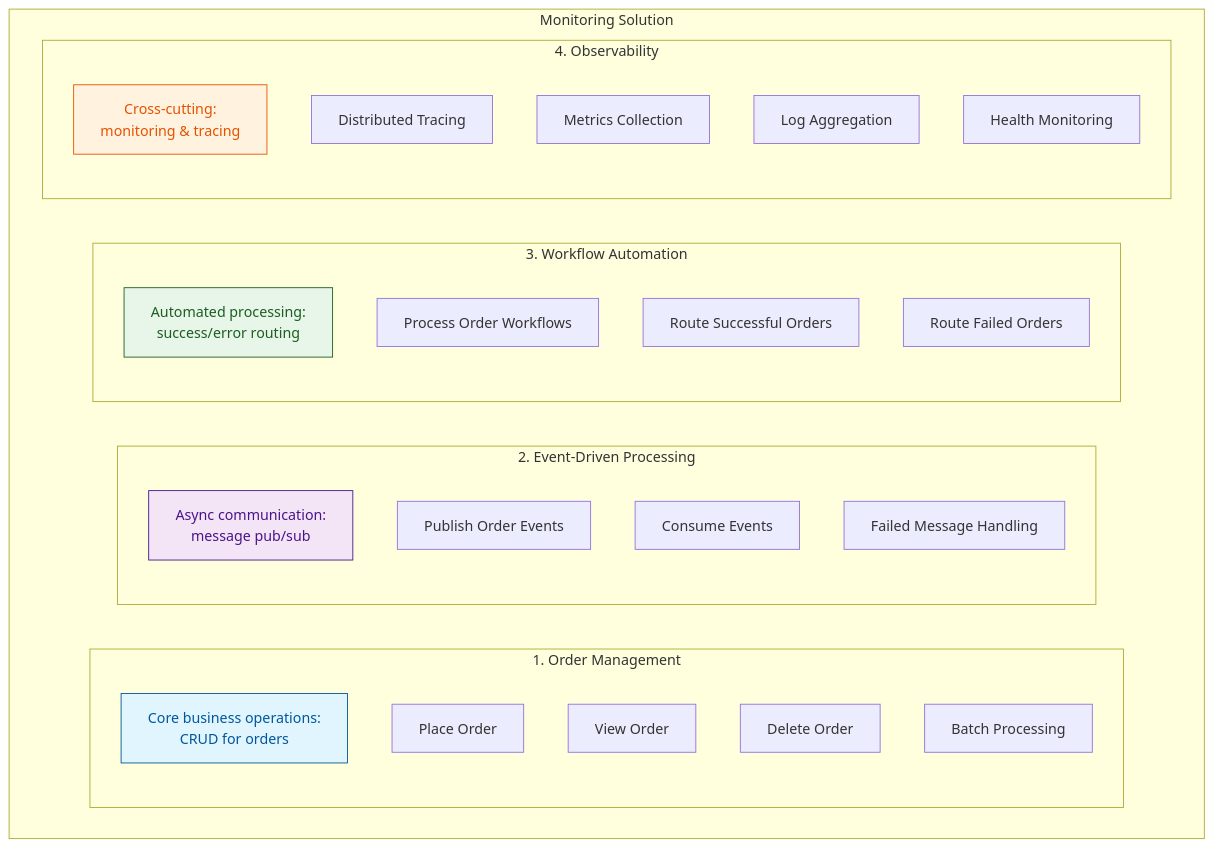
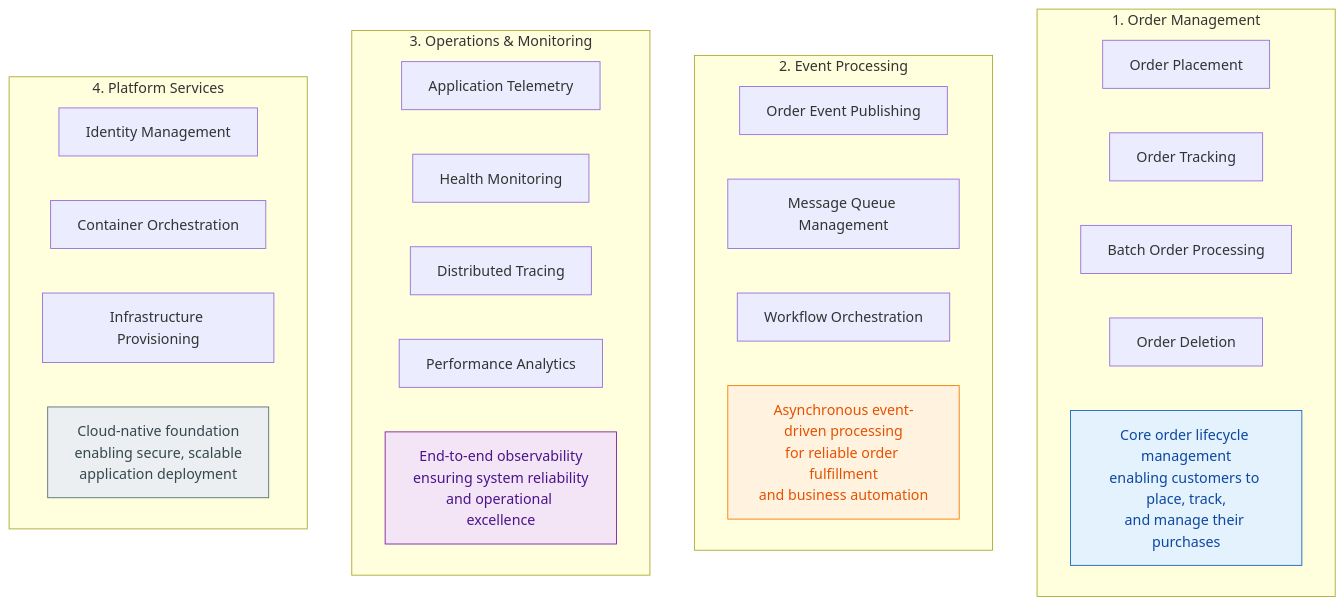
Before and after one commit to Evilazaro/Azure-LogicApps-Monitoring: the first of 11 diagrams in docs/SolutionArchitecture.md, drawn with Mermaid. The commit also changed other lines of this file, not shown here.

Commit message:
Implement feature X to enhance user experience and optimize performance

````diff
--- a/docs/SolutionArchitecture.md
+++ b/docs/SolutionArchitecture.md
@@ -70,39 +24,38 @@
 ```mermaid
-flowchart TD
-    subgraph Enterprise["Monitoring Solution"]
-        subgraph L1_OrderMgmt["1. Order Management"]
-            L1_Desc["Core business operations:<br/>CRUD for orders"]
-            PlaceOrder["Place Order"]
-            ViewOrder["View Order"]
-            DeleteOrder["Delete Order"]
-            BatchProcess["Batch Processing"]
-        end
-        
-        subgraph L2_EventProcessing["2. Event-Driven Processing"]
-            L2_Desc["Async communication:<br/>message pub/sub"]
-            PublishEvents["Publish Order Events"]
-            ConsumeEvents["Consume Events"]
-            DeadLetterMgmt["Failed Message Handling"]
-        end
-        
-        subgraph L3_WorkflowAutomation["3. Workflow Automation"]
-            L3_Desc["Automated processing:<br/>success/error routing"]
-            ProcessOrders["Process Order Workflows"]
-            RouteSuccess["Route Successful Orders"]
-            RouteErrors["Route Failed Orders"]
-        end
-        
-        subgraph L4_Observability["4. Observability"]
-            L4_Desc["Cross-cutting:<br/>monitoring & tracing"]
-            DistributedTracing["Distributed Tracing"]
-            MetricsCollection["Metrics Collection"]
-            LogAggregation["Log Aggregation"]
-            HealthMonitoring["Health Monitoring"]
-        end
+flowchart TB
+    subgraph L1_OrderMgmt["1. Order Management"]
+        L1_Cap1["Order Placement"]
+        L1_Cap2["Order Tracking"]
+        L1_Cap3["Batch Order Processing"]
+        L1_Cap4["Order Deletion"]
+        L1_Desc["Core order lifecycle management<br/>enabling customers to place, track,<br/>and manage their purchases"]
     end
     
-    style L1_Desc fill:#e1f5fe,stroke:#01579b,color:#01579b
-    style L2_Desc fill:#f3e5f5,stroke:#4a148c,color:#4a148c
-    style L3_Desc fill:#e8f5e9,stroke:#1b5e20,color:#1b5e20
-    style L4_Desc fill:#fff3e0,stroke:#e65100,color:#e65100
+    subgraph L2_Messaging["2. Event Processing"]
+        L2_Cap1["Order Event Publishing"]
+        L2_Cap2["Message Queue Management"]
+        L2_Cap3["Workflow Orchestration"]
+        L2_Desc["Asynchronous event-driven processing<br/>for reliable order fulfillment<br/>and business automation"]
+    end
+    
+    subgraph L3_Monitoring["3. Operations & Monitoring"]
+        L3_Cap1["Application Telemetry"]
+        L3_Cap2["Health Monitoring"]
+        L3_Cap3["Distributed Tracing"]
+        L3_Cap4["Performance Analytics"]
+        L3_Desc["End-to-end observability<br/>ensuring system reliability<br/>and operational excellence"]
+    end
+    
+    subgraph L4_Platform["4. Platform Services"]
+        L4_Cap1["Identity Management"]
+        L4_Cap2["Container Orchestration"]
+        L4_Cap3["Infrastructure Provisioning"]
+        L4_Desc["Cloud-native foundation<br/>enabling secure, scalable<br/>application deployment"]
+    end
+    
+    %% Description node styling
+    style L1_Desc fill:#e3f2fd,stroke:#1565c0,color:#0d47a1
+    style L2_Desc fill:#fff3e0,stroke:#f57c00,color:#e65100
+    style L3_Desc fill:#f3e5f5,stroke:#7b1fa2,color:#4a148c
+    style L4_Desc fill:#eceff1,stroke:#546e7a,color:#37474f
 ```
````
